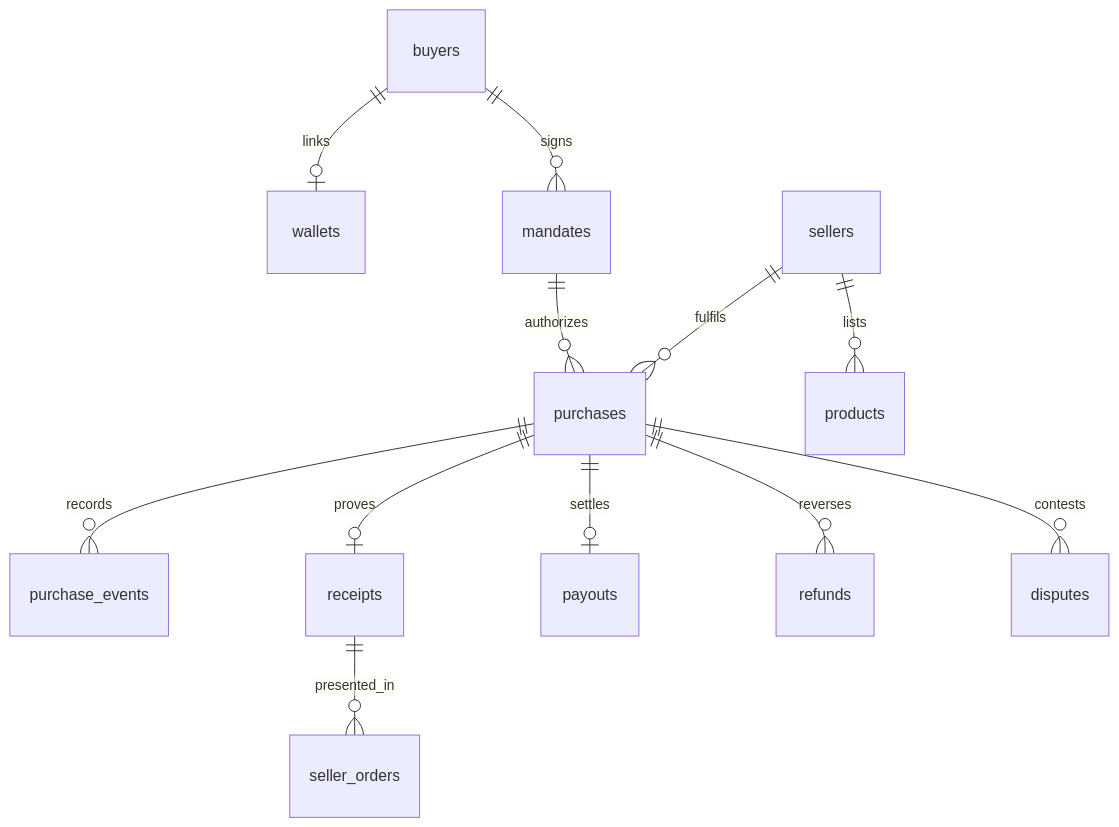
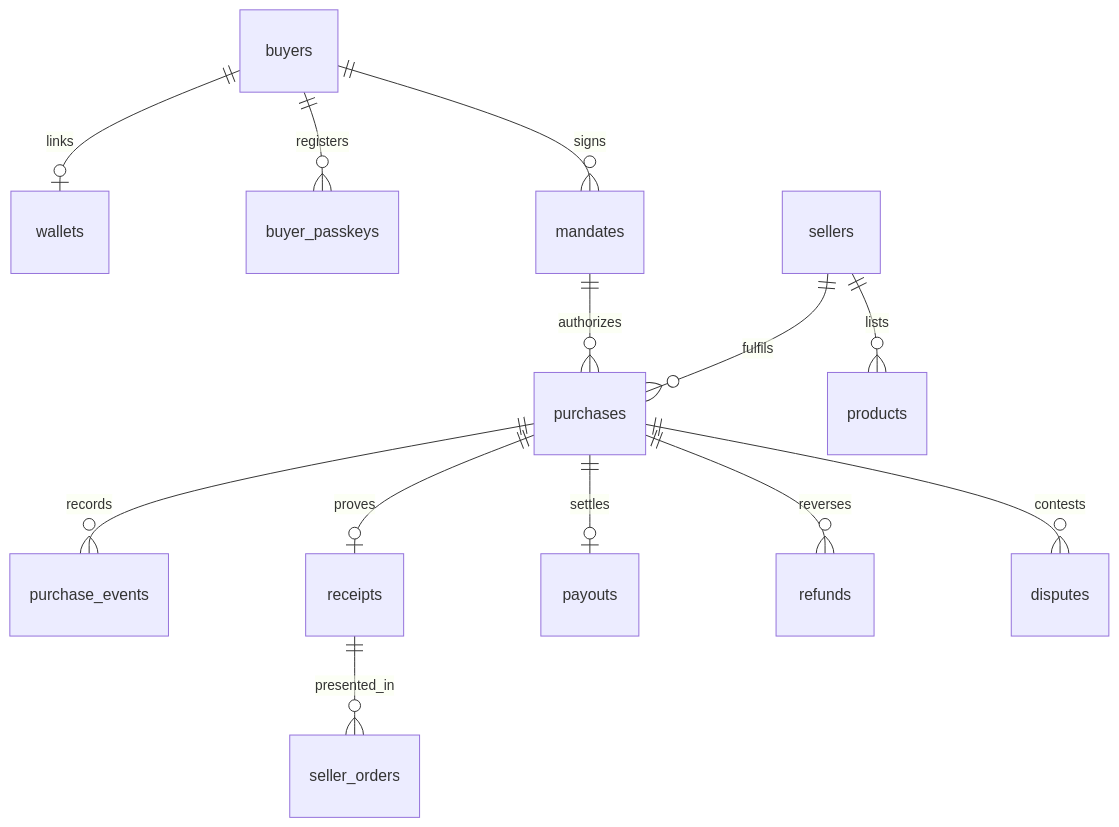
Before and after one commit to omsherikar/behest: the fifth of 5 diagrams in docs/architecture.md, drawn with Mermaid. The commit also changed other lines of this file, not shown here.

````diff
--- a/docs/architecture.md
+++ b/docs/architecture.md
@@ -346,14 +351,15 @@
 ```mermaid
 erDiagram
   buyers ||--o| wallets : links
+  buyers ||--o{ buyer_passkeys : registers
   buyers ||--o{ mandates : signs
   mandates ||--o{ purchases : authorizes
   sellers ||--o{ products : lists
   sellers ||--o{ purchases : fulfils
   purchases ||--o{ purchase_events : records
   purchases ||--o| receipts : proves
   receipts ||--o{ seller_orders : presented_in
   purchases ||--o| payouts : settles
   purchases ||--o{ refunds : reverses
   purchases ||--o{ disputes : contests
 ```
````
